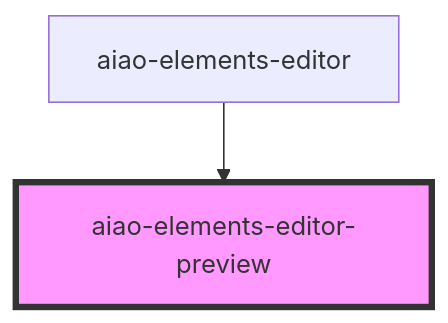
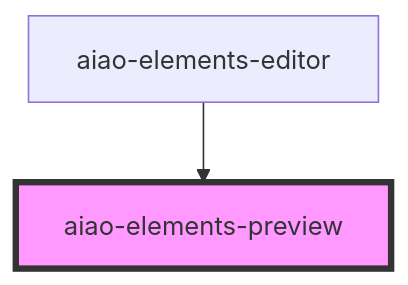
The diagram in libs/elements/src/lib/components/elements-preview/readme.md (aiao-io/aiao), drawn with Mermaid before and after one commit. The commit also changed other lines of this file and 29 other files, not shown here.

````diff
--- a/libs/elements/src/lib/components/elements-preview/readme.md
+++ b/libs/elements/src/lib/components/elements-preview/readme.md
@@ -21,5 +22,5 @@
 ```mermaid
 graph TD;
-  aiao-elements-editor --> aiao-elements-editor-preview
-  style aiao-elements-editor-preview fill:#f9f,stroke:#333,stroke-width:4px
+  aiao-elements-editor --> aiao-elements-preview
+  style aiao-elements-preview fill:#f9f,stroke:#333,stroke-width:4px
 ```
````
